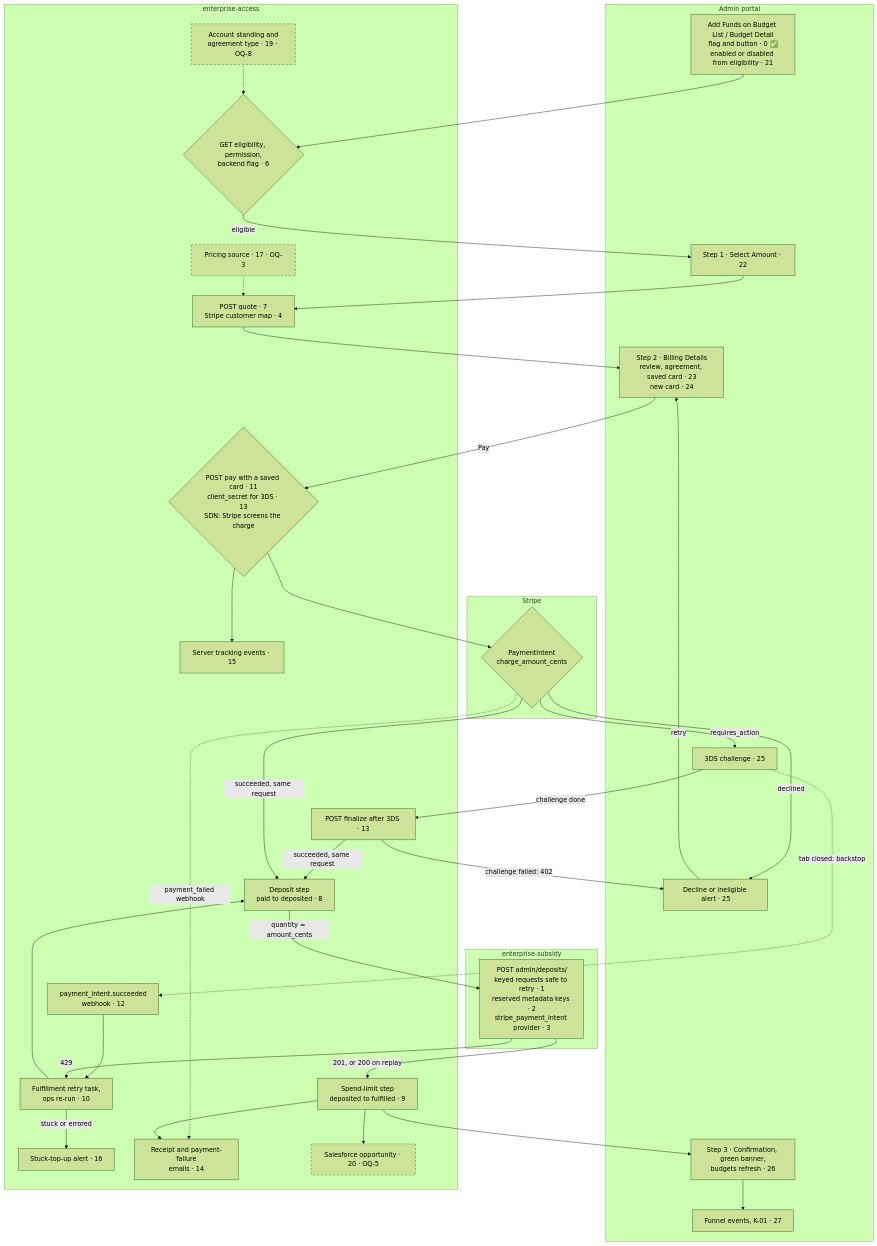
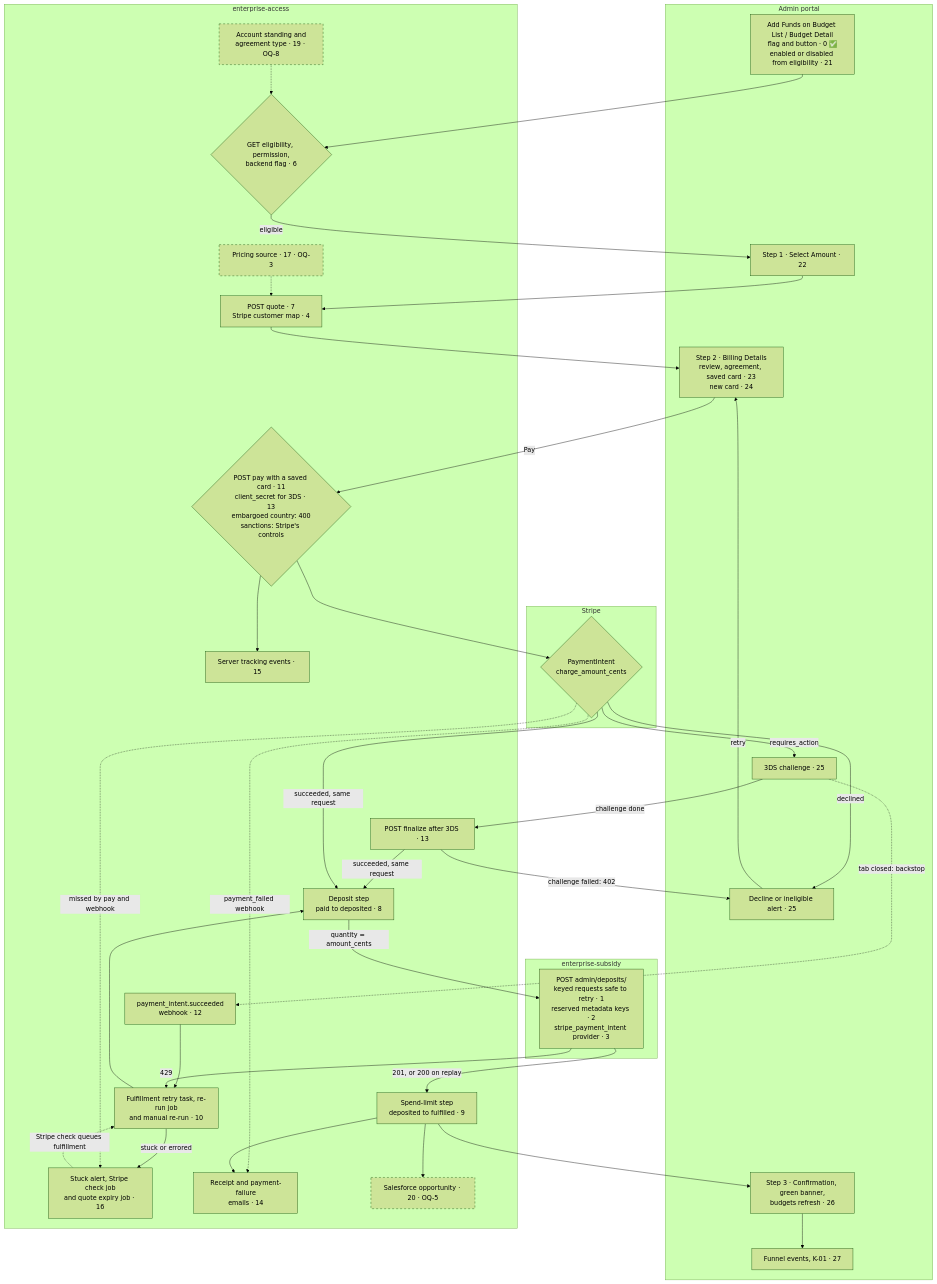
Before and after one commit to edx/enterprise-access: the first of 3 diagrams in docs/plans/impl-plan.md, drawn with Mermaid (forest theme). The commit also changed other lines of this file and 1 other file, not shown here.

````diff
--- a/docs/plans/impl-plan.md
+++ b/docs/plans/impl-plan.md
@@ -179,69 +182,71 @@
 ```mermaid
 flowchart TD
     subgraph SG_AP["Admin portal"]
         BTN["Add Funds on Budget List / Budget Detail<br/>flag and button · 0 ✅<br/>enabled or disabled from eligibility · 21"]
         AMT["Step 1 · Select Amount · 22"]
         BILL["Step 2 · Billing Details<br/>review, agreement, saved card · 23<br/>new card · 24"]
         TDS["3DS challenge · 25"]
         ALERT["Decline or ineligible alert · 25"]
         DONE["Step 3 · Confirmation, green banner,<br/>budgets refresh · 26"]
         FUN["Funnel events, K-01 · 27"]
     end
 
     subgraph SG_EA["enterprise-access"]
         ELIG{"GET eligibility, permission,<br/>backend flag · 6"}
         ACCT["Account standing and<br/>agreement type · 19 · OQ-8"]
         QUOTE["POST quote · 7<br/>Stripe customer map · 4"]
         PRICE["Pricing source · 17 · OQ-3"]
-        PAY{"POST pay with a saved card · 11<br/>client_secret for 3DS · 13<br/>SDN: Stripe screens the charge"}
+        PAY{"POST pay with a saved card · 11<br/>client_secret for 3DS · 13<br/>embargoed country: 400<br/>sanctions: Stripe's controls"}
         EVT["Server tracking events · 15"]
         FIN["POST finalize after 3DS · 13"]
         HOOK["payment_intent.succeeded<br/>webhook · 12"]
-        TASK["Fulfillment retry task,<br/>ops re-run · 10"]
-        STUCK["Stuck-top-up alert · 16"]
+        TASK["Fulfillment retry task, re-run job<br/>and manual re-run · 10"]
+        STUCK["Stuck alert, Stripe check job<br/>and quote expiry job · 16"]
         DEP["Deposit step<br/>paid to deposited · 8"]
         SPEND["Spend-limit step<br/>deposited to fulfilled · 9"]
         MAIL["Receipt and payment-failure<br/>emails · 14"]
         SF["Salesforce opportunity · 20 · OQ-5"]
     end
 
     subgraph SG_STRIPE["Stripe"]
         PI{"PaymentIntent<br/>charge_amount_cents"}
     end
 
     subgraph SG_ES["enterprise-subsidy"]
         ESDEP["POST admin/deposits/<br/>keyed requests safe to retry · 1<br/>reserved metadata keys · 2<br/>stripe_payment_intent provider · 3"]
     end
 
     BTN --> ELIG
     ACCT -.-> ELIG
     ELIG -->|"eligible"| AMT
     AMT --> QUOTE
     PRICE -.-> QUOTE
     QUOTE --> BILL
     BILL -->|"Pay"| PAY
     PAY --> PI
     PAY --> EVT
     PI -->|"declined"| ALERT
     ALERT -->|"retry"| BILL
     PI -->|"requires_action"| TDS
     TDS -->|"challenge done"| FIN
     FIN -->|"succeeded, same request"| DEP
     FIN -->|"challenge failed: 402"| ALERT
     TDS -.->|"tab closed: backstop"| HOOK
     PI -.->|"payment_failed webhook"| MAIL
     PI -->|"succeeded, same request"| DEP
     HOOK --> TASK
     TASK --> DEP
     DEP -->|"quantity = amount_cents"| ESDEP
     ESDEP -->|"201, or 200 on replay"| SPEND
     ESDEP -->|"429"| TASK
     TASK -->|"stuck or errored"| STUCK
+    PI -.->|"missed by pay and webhook"| STUCK
+    STUCK -.->|"Stripe check queues fulfillment"| TASK
     SPEND --> DONE
     SPEND --> MAIL
     SPEND --> SF
     DONE --> FUN
 
     classDef blocked stroke-dasharray: 5 5
     class ACCT,PRICE,SF blocked
 ```
````
